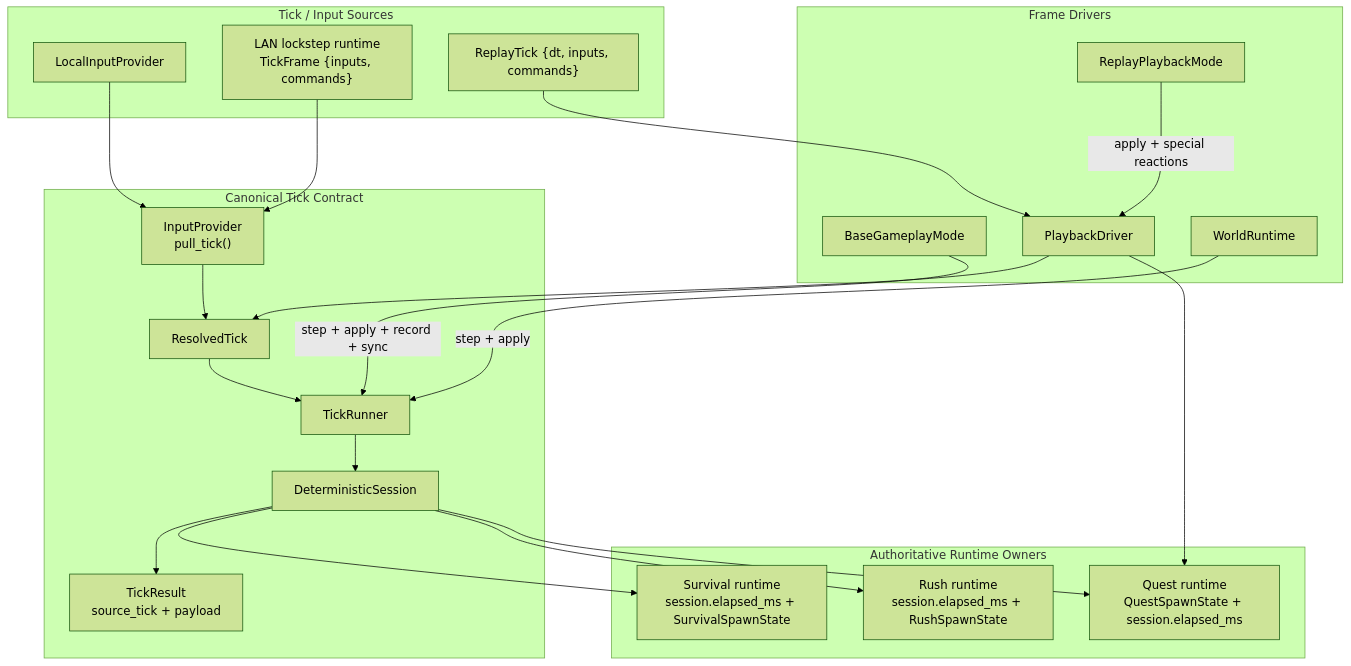
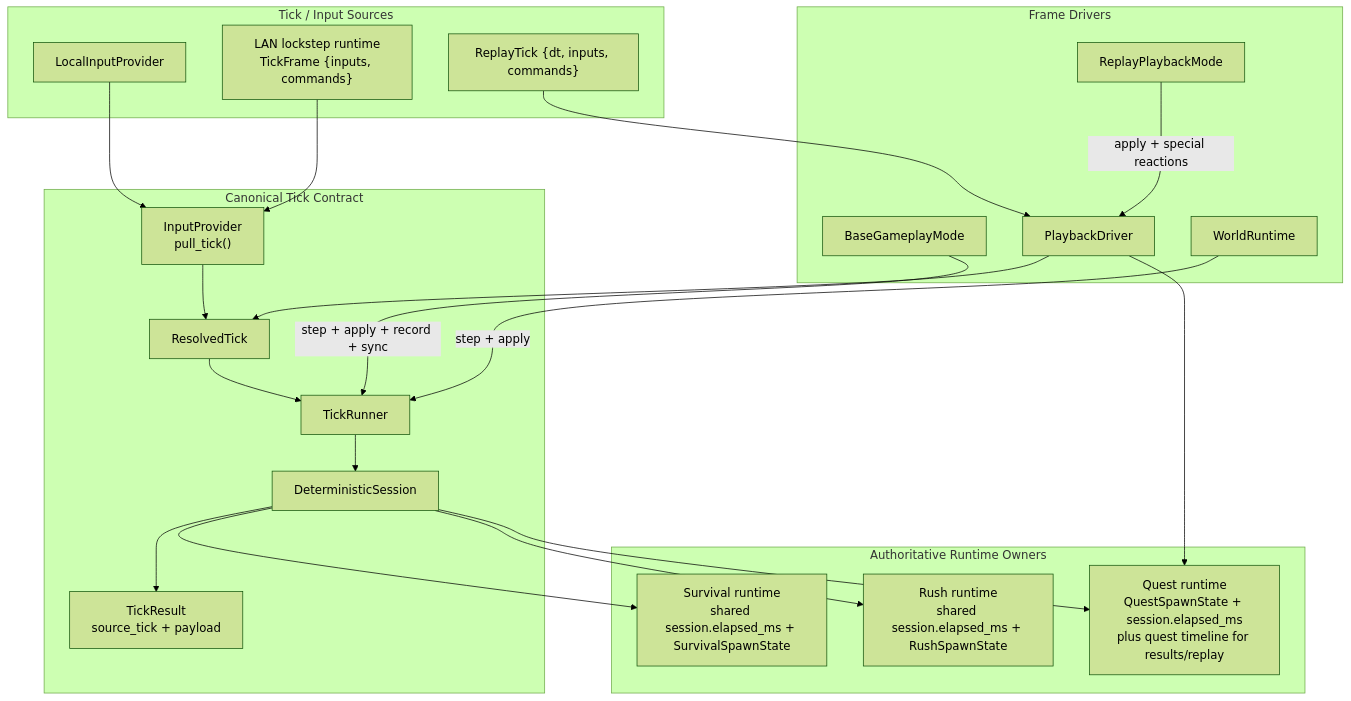
One commit to banteg/crimson changed the first of 2 diagrams in split_brain.md. Above: the diagram before and after it, drawn with Mermaid (forest theme). The commit also changed other lines of this file and 5 other files, not shown here.

````diff
--- a/split_brain.md
+++ b/split_brain.md
@@ -51,43 +58,43 @@
 ```mermaid
 flowchart TD
     subgraph Sources["Tick / Input Sources"]
         Local["LocalInputProvider"]
         Lan["LAN lockstep runtime<br/>TickFrame {inputs, commands}"]
         Replay["ReplayTick {dt, inputs, commands}"]
     end
 
     subgraph TickContract["Canonical Tick Contract"]
         Provider["InputProvider<br/>pull_tick()"]
         Tick["ResolvedTick"]
         Runner["TickRunner"]
         Session["DeterministicSession"]
         Result["TickResult<br/>source_tick + payload"]
     end
 
     subgraph StateOwners["Authoritative Runtime Owners"]
-        SurvivalState["Survival runtime<br/>session.elapsed_ms + SurvivalSpawnState"]
-        RushState["Rush runtime<br/>session.elapsed_ms + RushSpawnState"]
-        QuestState["Quest runtime<br/>QuestSpawnState + session.elapsed_ms"]
+        SurvivalState["Survival runtime<br/>shared session.elapsed_ms + SurvivalSpawnState"]
+        RushState["Rush runtime<br/>shared session.elapsed_ms + RushSpawnState"]
+        QuestState["Quest runtime<br/>QuestSpawnState + session.elapsed_ms<br/>plus quest timeline for results/replay"]
     end
 
     subgraph Drivers["Frame Drivers"]
         Base["BaseGameplayMode"]
         World["WorldRuntime"]
         ReplayMode["ReplayPlaybackMode"]
         Playback["PlaybackDriver"]
     end
 
     Local --> Provider
     Lan --> Provider
     Provider --> Tick --> Runner --> Session --> Result
     Replay --> Playback --> Tick
 
     Session --> SurvivalState
     Session --> RushState
     Session --> QuestState
 
     Base -->|step + apply + record + sync| Runner
     World -->|step + apply| Runner
     ReplayMode -->|apply + special reactions| Playback
     Playback --> QuestState
 ```
````
